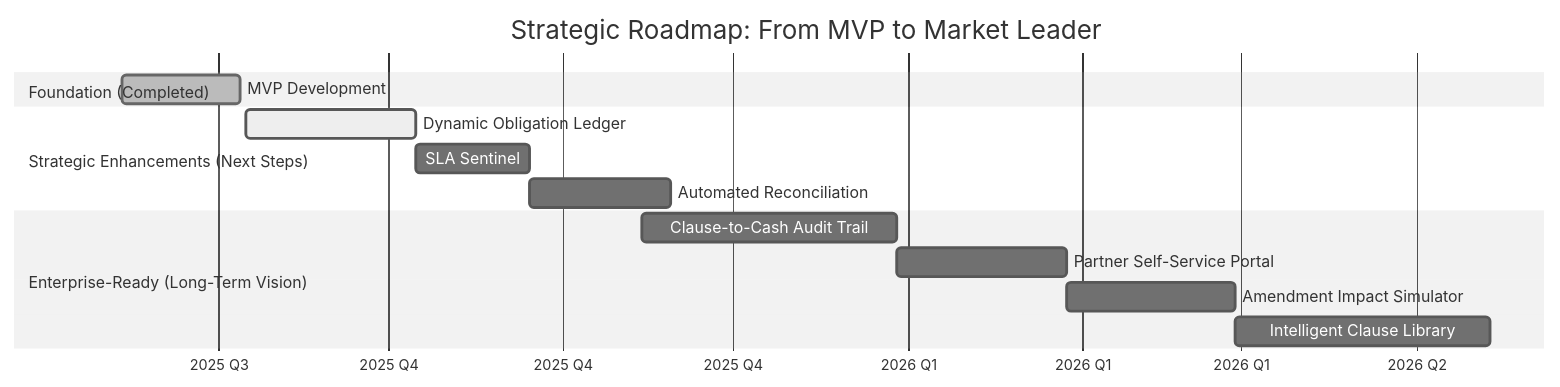
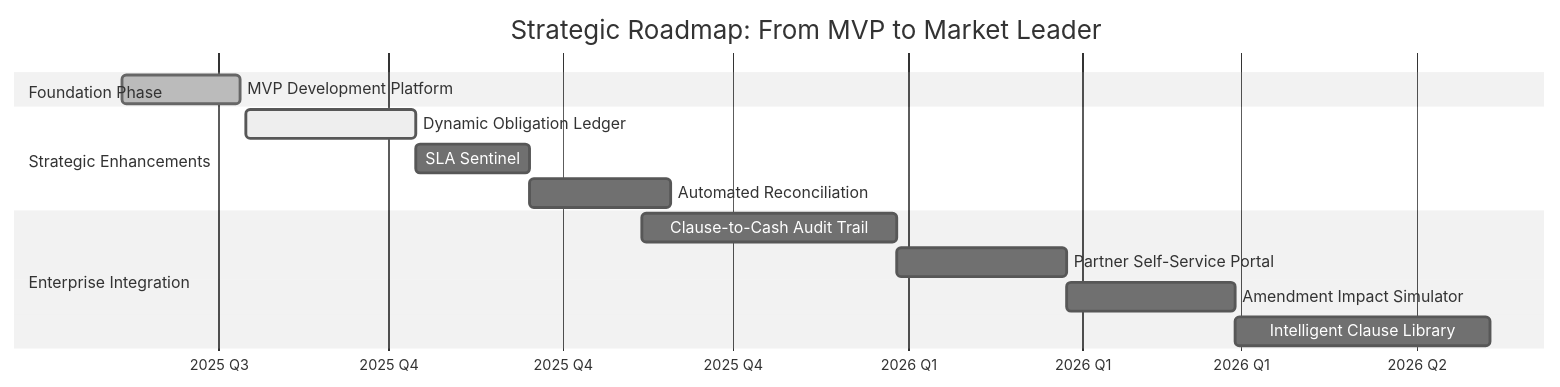
One commit to quantum-vector-io/contract_intelligence_assistant changed the fifth of 5 diagrams in README.md. Above: the diagram before and after it, drawn with Mermaid (neutral theme). The commit also changed other lines of this file, not shown here.

Commit message:
Fix Mermaid diagram display issues for better readability
- Shortened quadrant chart labels to prevent text truncation:
  • 'Legal-Heavy, Finance-Light' instead of 'High Legal Workflow Low Financial Insight'
  • 'Strategic Opportunity Zone' for key quadrant
  • 'Finance-Heavy, Legal-Light' for better clarity
  • 'Low Impact Zone' for simplicity

- Improved Gantt chart layout to prevent MVP overlap:
  • Changed section from 'Foundation (Completed)' to 'Foundation Phase'
  • Renamed 'MVP Development' to 'MVP Development Platform'
  • Simplified section names for better visual hierarchy
  • Enhanced readability and professional presentation

Both diagrams now display correctly on GitHub without text cutoff or overlapping elements.

````diff
--- a/README.md
+++ b/README.md
@@ -744,20 +744,20 @@
 ```mermaid
 gantt
     title Strategic Roadmap: From MVP to Market Leader
     dateFormat  YYYY-MM-DD
     axisFormat %Y Q%q
     
-    section Foundation (Completed)
-    MVP Development :done, mvp, 2025-08-15, 2025-09-05
+    section Foundation Phase
+    MVP Development Platform :done, mvp, 2025-08-15, 2025-09-05
     
-    section Strategic Enhancements (Next Steps)
+    section Strategic Enhancements
     Dynamic Obligation Ledger :active, ledger, 2025-09-06, 30d
     SLA Sentinel :sentinel, after ledger, 20d
     Automated Reconciliation :reconciliation, after sentinel, 25d
     
-    section Enterprise-Ready (Long-Term Vision)
+    section Enterprise Integration
     Clause-to-Cash Audit Trail :audit, 2025-11-15, 45d
     Partner Self-Service Portal :portal, after audit, 30d
     Amendment Impact Simulator :simulator, after portal, 30d
     Intelligent Clause Library :library, after simulator, 45d
 ```
````
